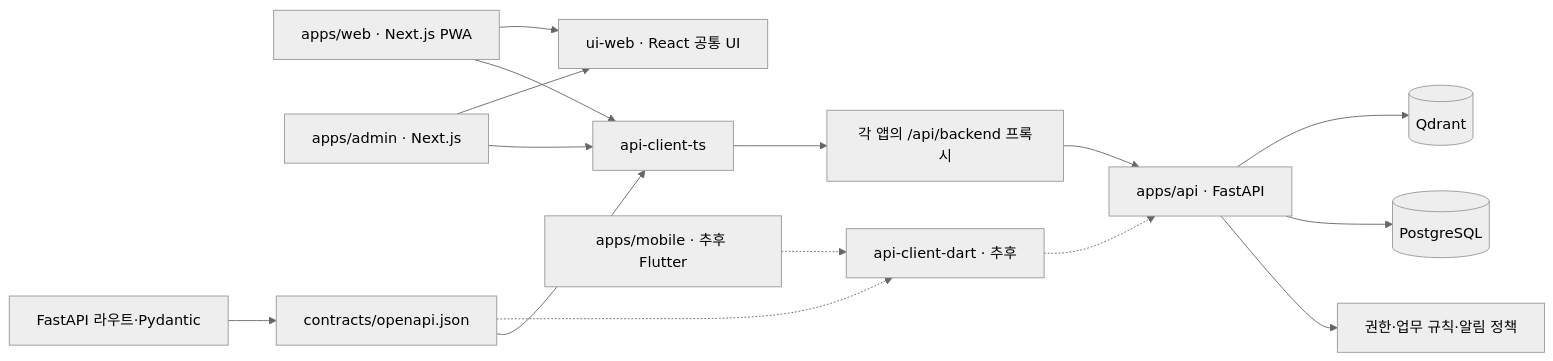
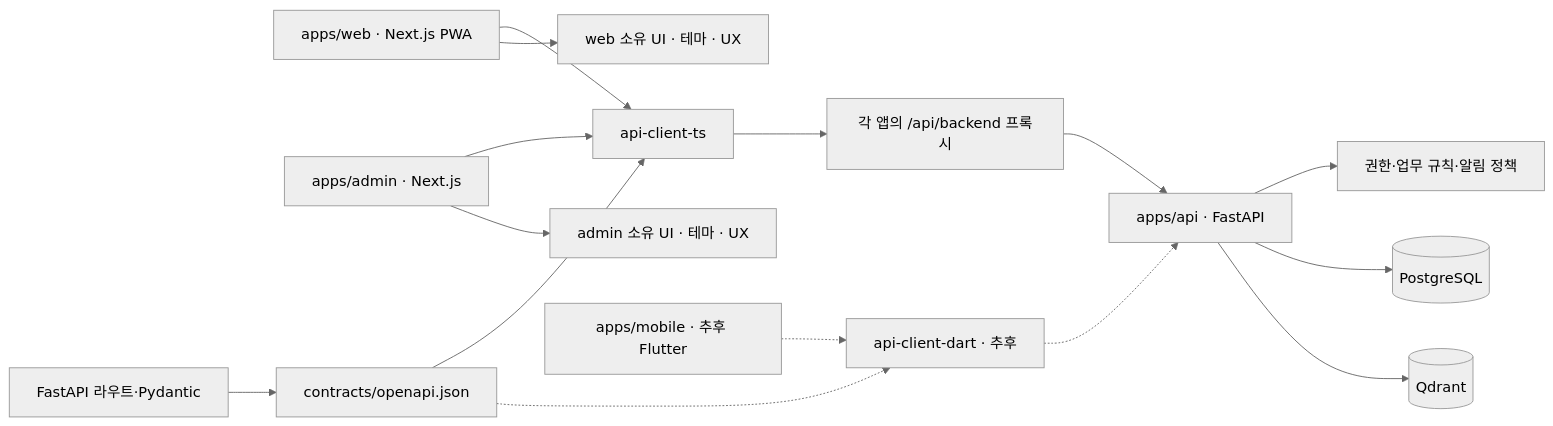
Before and after one commit to woosung-dev/truewords-platform: the first of 2 diagrams in docs/architecture/2026-09-05-pwa-flutter-monorepo.md, drawn with Mermaid (neutral theme). The commit also changed other lines of this file and 106 other files, not shown here.

Commit message:
refactor: keep web and admin UI app-owned

````diff
--- a/docs/architecture/2026-09-05-pwa-flutter-monorepo.md
+++ b/docs/architecture/2026-09-05-pwa-flutter-monorepo.md
@@ -132,17 +137,17 @@
 ```mermaid
 flowchart LR
     WEB[apps/web · Next.js PWA] --> TS[api-client-ts]
     ADMIN[apps/admin · Next.js] --> TS
-    WEB --> UI[ui-web · React 공통 UI]
-    ADMIN --> UI
+    WEB --> WEBUI[web 소유 UI · 테마 · UX]
+    ADMIN --> ADMINUI[admin 소유 UI · 테마 · UX]
     TS --> PROXY[각 앱의 /api/backend 프록시]
     PROXY --> API[apps/api · FastAPI]
     MOBILE[apps/mobile · 추후 Flutter] -.-> DART[api-client-dart · 추후]
     DART -.-> API
     API --> POLICY[권한·업무 규칙·알림 정책]
     API --> PG[(PostgreSQL)]
     API --> QDRANT[(Qdrant)]
     SOURCE[FastAPI 라우트·Pydantic] --> CONTRACT[contracts/openapi.json]
     CONTRACT --> TS
     CONTRACT -.-> DART
 ```
````
